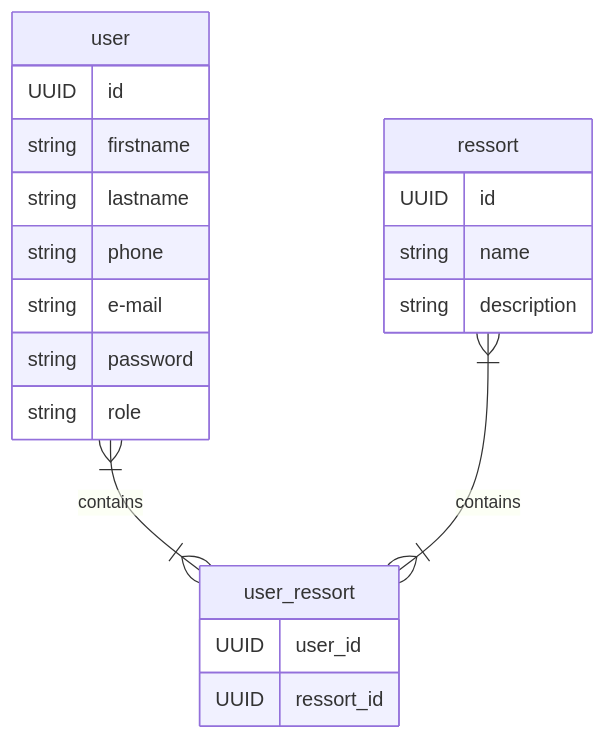
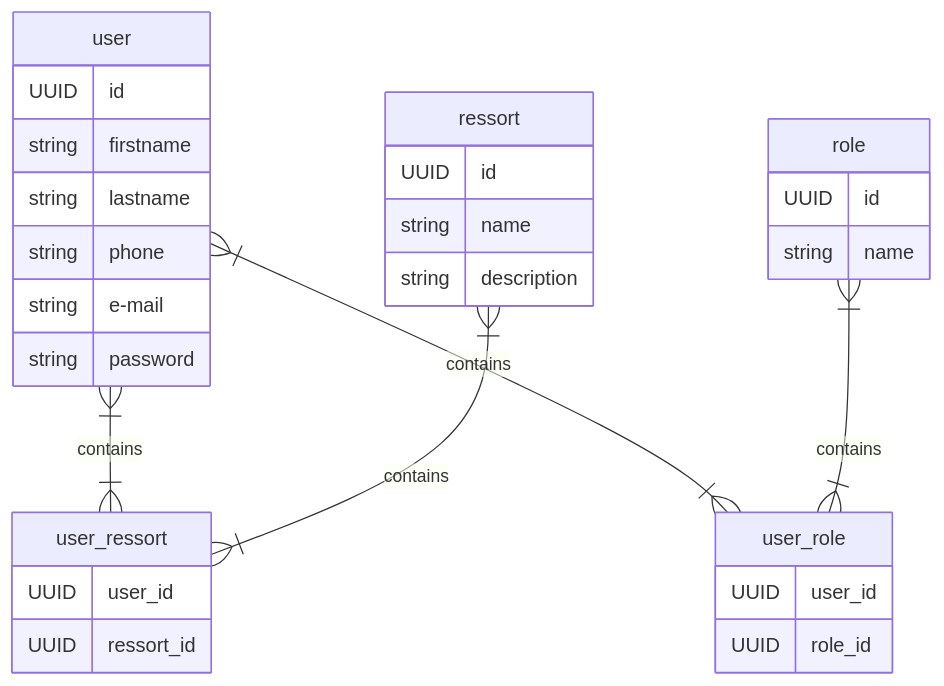
Before and after one commit to deepspace1000/V7_Website: the first of 3 diagrams in doc/architecture/README.md, drawn with Mermaid. The commit also changed other lines of this file, not shown here.

Commit message:
docs(V7WE-18): added sequence diagram

````diff
--- a/doc/architecture/README.md
+++ b/doc/architecture/README.md
@@ -34,24 +34,34 @@
 ``` mermaid
 erDiagram
     user {
         UUID id
         string firstname
         string lastname
         string phone
         string e-mail
         string password
-        string role
     }
-    user }|--|{ user_ressort: contains
     user_ressort {
         UUID user_id
         UUID ressort_id
     }
-    ressort }|--|{ user_ressort: contains
     ressort {
         UUID id
         string name 
         string description
     }
-  
+    role {
+        UUID id
+        string name 
+    }
+    user_role {
+        UUID user_id
+        UUID role_id
+    }
+    
+    
+    user }|--|{ user_ressort: contains
+    ressort }|--|{ user_ressort: contains
+    user }|--|{ user_role: contains
+    role }|--|{ user_role: contains
 ```
````
